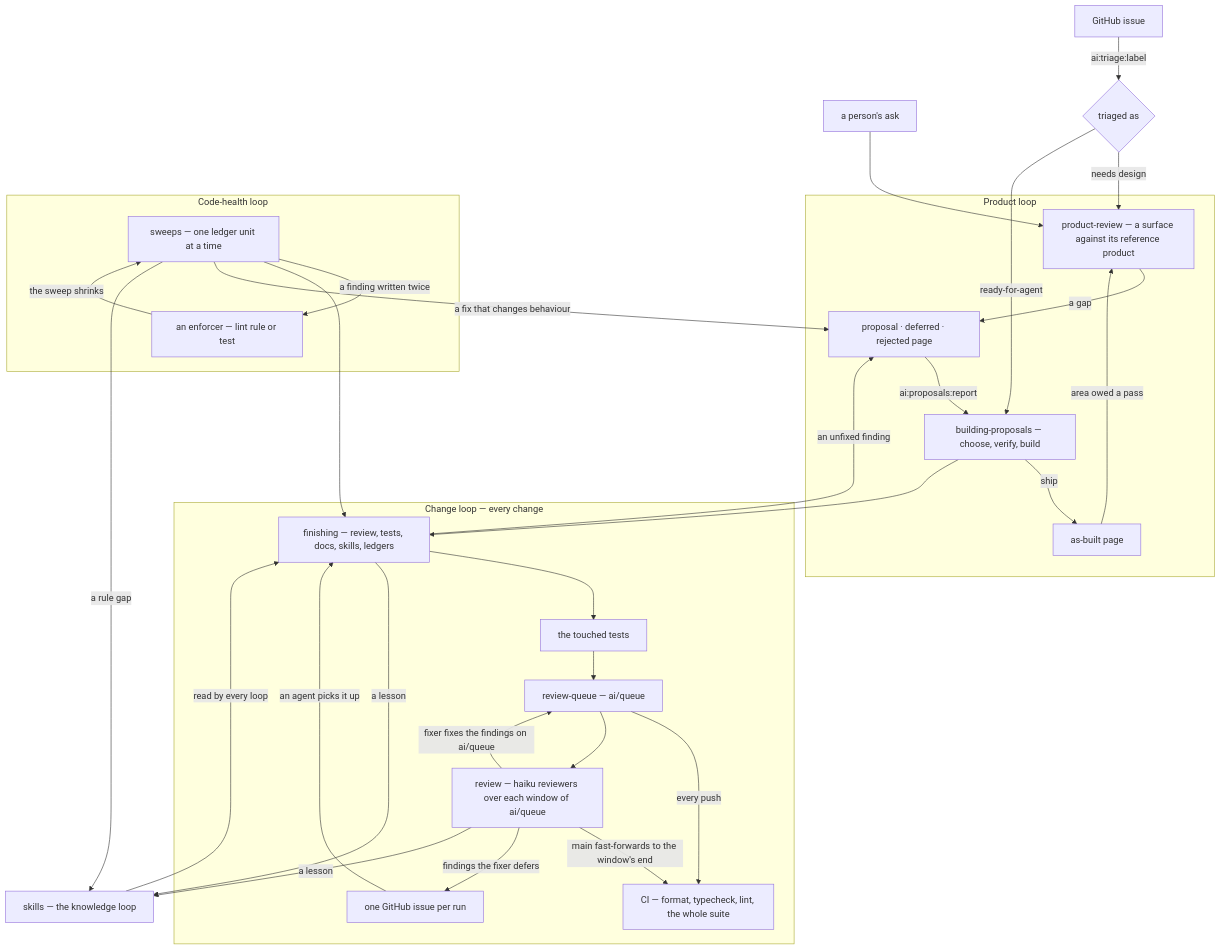
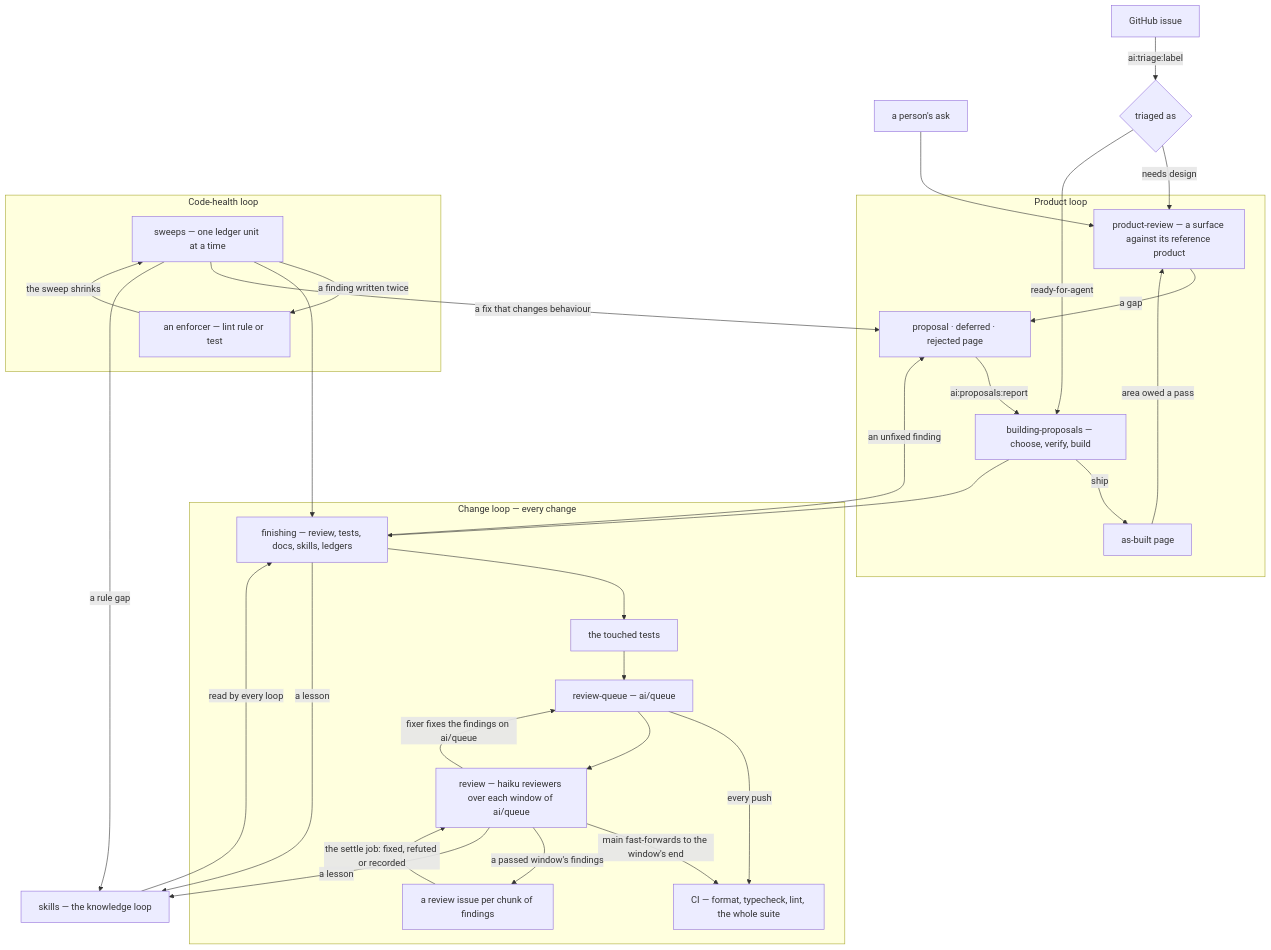
Before and after one commit to Esposter/Esposter: the diagram in apps/web/content/docs/architecture/engineering-loops.md, drawn with Mermaid. The commit also changed other lines of this file and 7 other files, not shown here.

First line of the commit message:
docs(infra): the review's design, the review issues, the settle job and the haiku roles are written down

````diff
--- a/apps/web/content/docs/architecture/engineering-loops.md
+++ b/apps/web/content/docs/architecture/engineering-loops.md
@@ -14,39 +14,39 @@
 ```mermaid
 flowchart TD
   ASK["a person's ask"] --> PR
   ISSUE["GitHub issue"] -->|"ai:triage:label"| TRIAGE{"triaged as"}
   TRIAGE -->|"needs design"| PR
   TRIAGE -->|"ready-for-agent"| BUILD
 
   subgraph product ["Product loop"]
     PR["product-review — a surface against its reference product"] -->|"a gap"| PROPOSAL["proposal · deferred · rejected page"]
     PROPOSAL -->|"ai:proposals:report"| BUILD["building-proposals — choose, verify, build"]
     BUILD -->|"ship"| SHIPPED["as-built page"]
     SHIPPED -->|"area owed a pass"| PR
   end
 
   subgraph change ["Change loop — every change"]
     FINISH["finishing — review, tests, docs, skills, ledgers"] --> CHECKS["the touched tests"]
     CHECKS --> QUEUE["review-queue — ai/queue"]
     QUEUE -->|"every push"| CI["CI — format, typecheck, lint, the whole suite"]
     QUEUE --> REVIEW["review — haiku reviewers over each window of ai/queue"]
     REVIEW -->|"main fast-forwards to the window's end"| CI
     REVIEW -->|"fixer fixes the findings on ai/queue"| QUEUE
-    REVIEW -->|"findings the fixer defers"| REVIEWISSUE["one GitHub issue per run"]
-    REVIEWISSUE -->|"an agent picks it up"| FINISH
+    REVIEW -->|"a passed window's findings"| REVIEWISSUE["a review issue per chunk of findings"]
+    REVIEWISSUE -->|"the settle job: fixed, refuted or recorded"| REVIEW
   end
 
   subgraph health ["Code-health loop"]
     LEDGER["sweeps — one ledger unit at a time"] -->|"a finding written twice"| ENFORCER["an enforcer — lint rule or test"]
     ENFORCER -->|"the sweep shrinks"| LEDGER
   end
 
   BUILD --> FINISH
   LEDGER --> FINISH
   LEDGER -->|"a fix that changes behaviour"| PROPOSAL
   FINISH -->|"an unfixed finding"| PROPOSAL
   FINISH -->|"a lesson"| SKILLS["skills — the knowledge loop"]
   REVIEW -->|"a lesson"| SKILLS
   LEDGER -->|"a rule gap"| SKILLS
   SKILLS -->|"read by every loop"| FINISH
 ```
````
